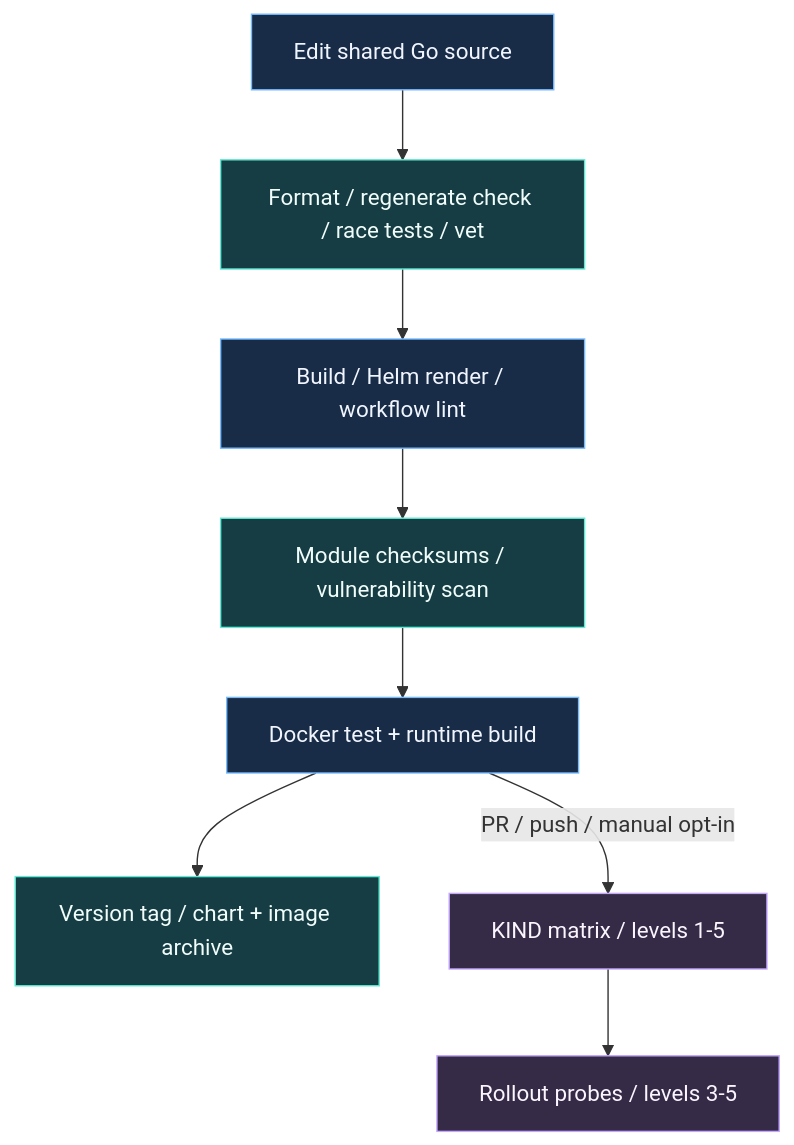
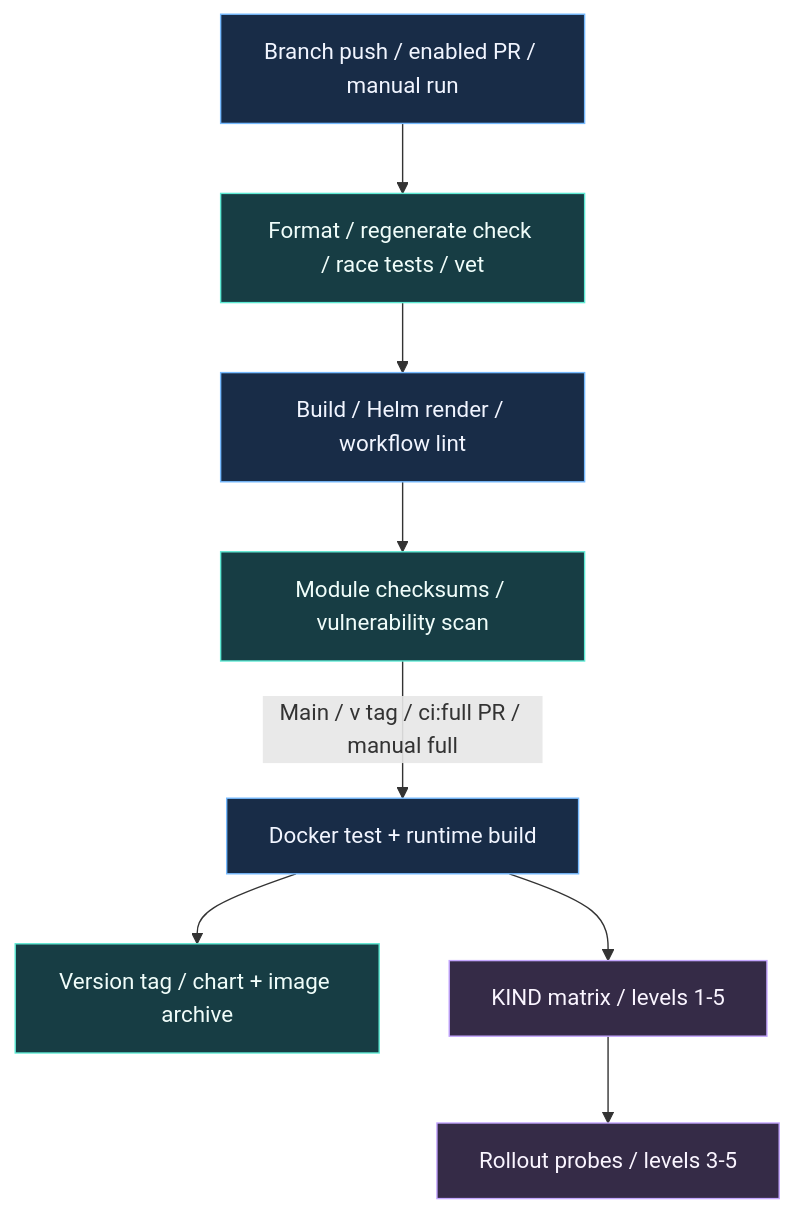
The diagram in docs/visuals/sources/delivery.mmd (Enetact/TeleportFDE), drawn with Mermaid before and after one commit. The commit also changed 27 other files, not shown here.

```diff
--- a/docs/visuals/sources/delivery.mmd
+++ b/docs/visuals/sources/delivery.mmd
@@ -1,14 +1,14 @@
 flowchart TB
-  edit[Edit shared Go source] --> quality[Format / regenerate check / race tests / vet]
+  edit[Branch push / enabled PR / manual run] --> quality[Format / regenerate check / race tests / vet]
   quality --> review[Build / Helm render / workflow lint]
   review --> security[Module checksums / vulnerability scan]
-  security --> container[Docker test + runtime build]
+  security -->|Main / v tag / ci:full PR / manual full| container[Docker test + runtime build]
   container --> tags[Version tag / chart + image archive]
-  container -->|PR / push / manual opt-in| kind[KIND matrix / levels 1-5]
+  container --> kind[KIND matrix / levels 1-5]
   kind --> probe[Rollout probes / levels 3-5]
   classDef core fill:#182c47,stroke:#76baff,color:#f1f5ff
   classDef gate fill:#173d44,stroke:#5eead4,color:#f0fdfa
   classDef optional fill:#352b47,stroke:#c4a6ff,color:#faf5ff
   class edit,review,container core
   class quality,security,tags gate
   class kind,probe optional
```
